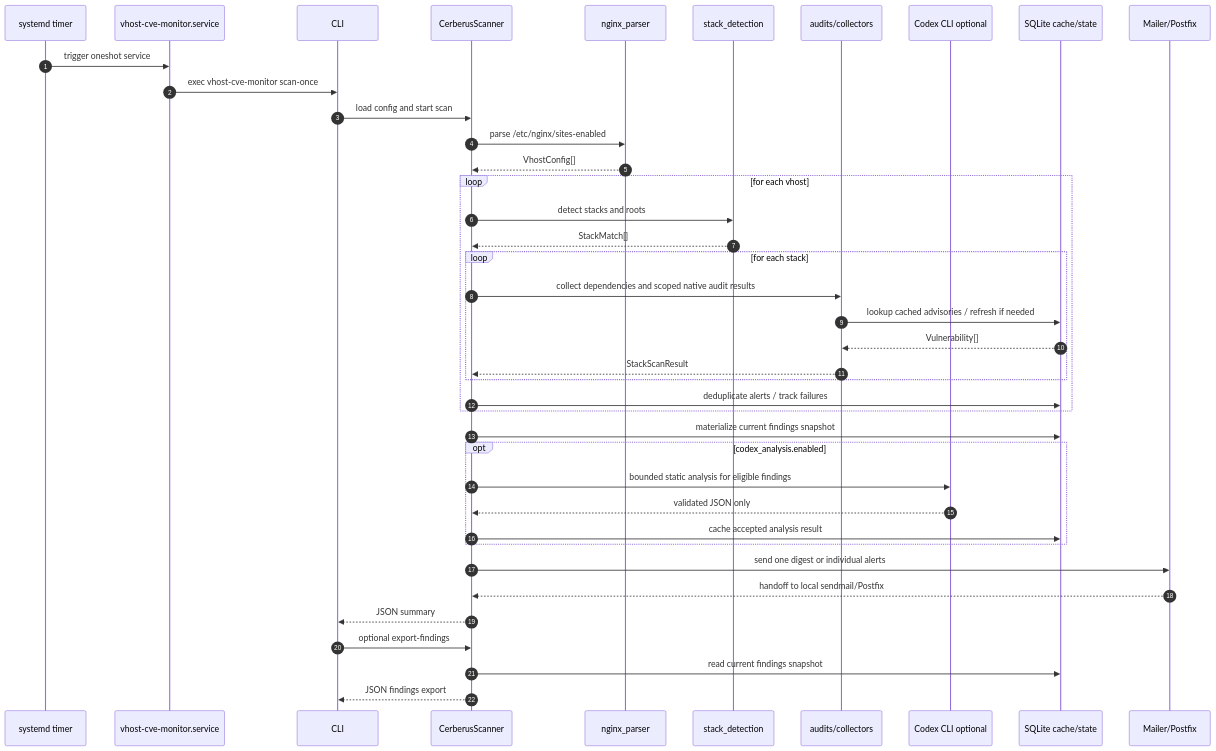
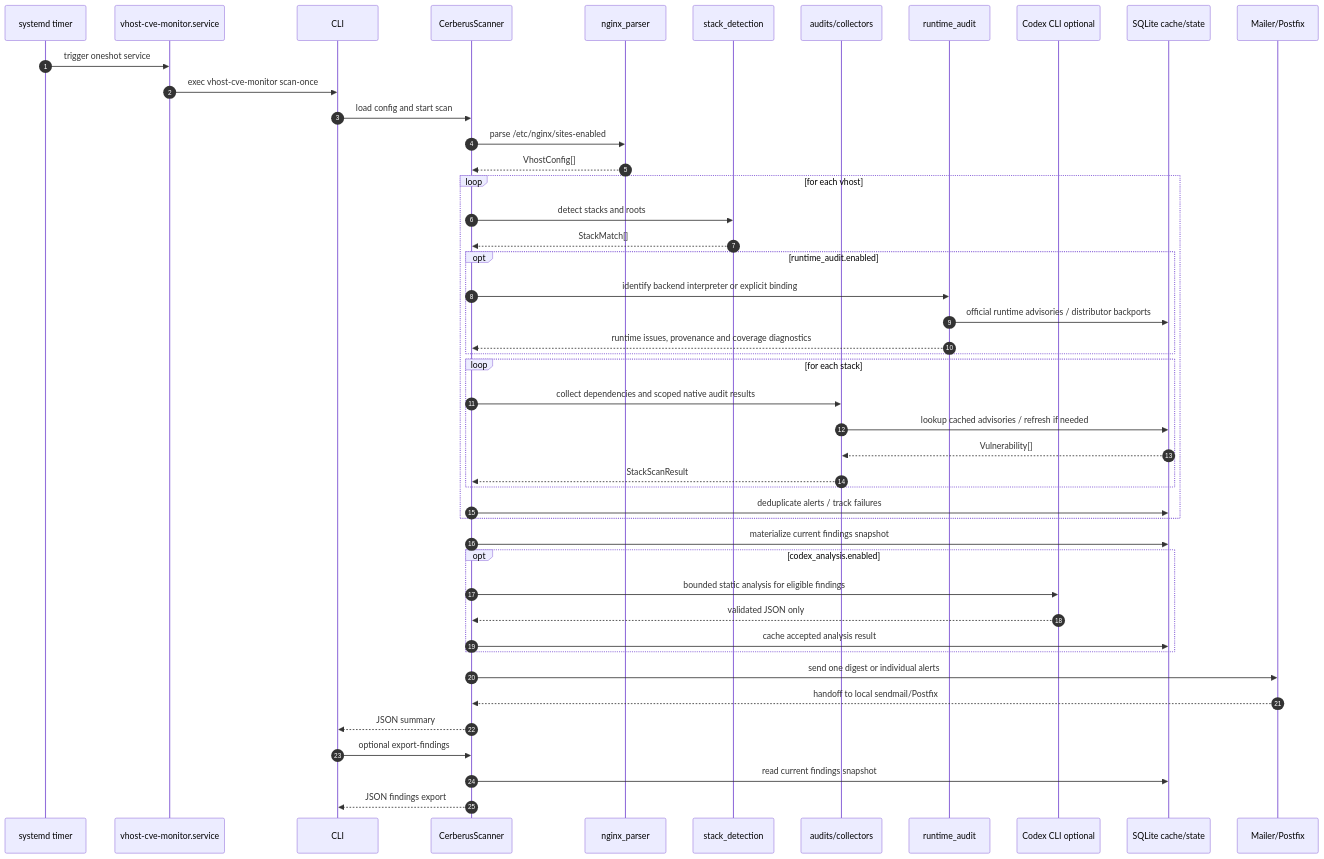
Before and after one commit to Zappan-net/cerberus: the first of 3 diagrams in docs/DIAGRAMS.md, drawn with Mermaid. The commit also changed other lines of this file and 45 other files, not shown here.

````diff
--- a/docs/DIAGRAMS.md
+++ b/docs/DIAGRAMS.md
@@ -5,43 +5,49 @@
 ```mermaid
 sequenceDiagram
     autonumber
     participant T as systemd timer
     participant S as vhost-cve-monitor.service
     participant C as CLI
     participant SC as CerberusScanner
     participant N as nginx_parser
     participant D as stack_detection
     participant A as audits/collectors
+    participant R as runtime_audit
     participant X as Codex CLI optional
     participant DB as SQLite cache/state
     participant M as Mailer/Postfix
 
     T->>S: trigger oneshot service
     S->>C: exec vhost-cve-monitor scan-once
     C->>SC: load config and start scan
     SC->>N: parse /etc/nginx/sites-enabled
     N-->>SC: VhostConfig[]
     loop for each vhost
         SC->>D: detect stacks and roots
         D-->>SC: StackMatch[]
+        opt runtime_audit.enabled
+            SC->>R: identify backend interpreter or explicit binding
+            R->>DB: official runtime advisories / distributor backports
+            R-->>SC: runtime issues, provenance and coverage diagnostics
+        end
         loop for each stack
             SC->>A: collect dependencies and scoped native audit results
             A->>DB: lookup cached advisories / refresh if needed
             DB-->>A: Vulnerability[]
             A-->>SC: StackScanResult
         end
         SC->>DB: deduplicate alerts / track failures
     end
     SC->>DB: materialize current findings snapshot
     opt codex_analysis.enabled
         SC->>X: bounded static analysis for eligible findings
         X-->>SC: validated JSON only
         SC->>DB: cache accepted analysis result
     end
     SC->>M: send one digest or individual alerts
     M-->>SC: handoff to local sendmail/Postfix
     SC-->>C: JSON summary
     C->>SC: optional export-findings
     SC->>DB: read current findings snapshot
     SC-->>C: JSON findings export
 ```
````
